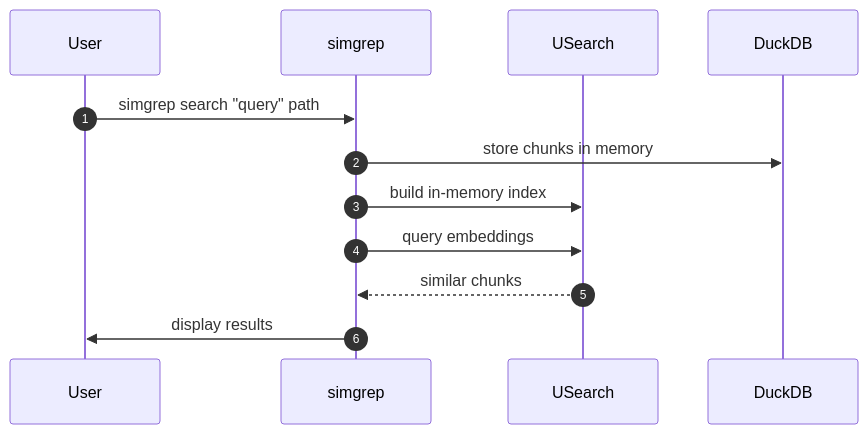
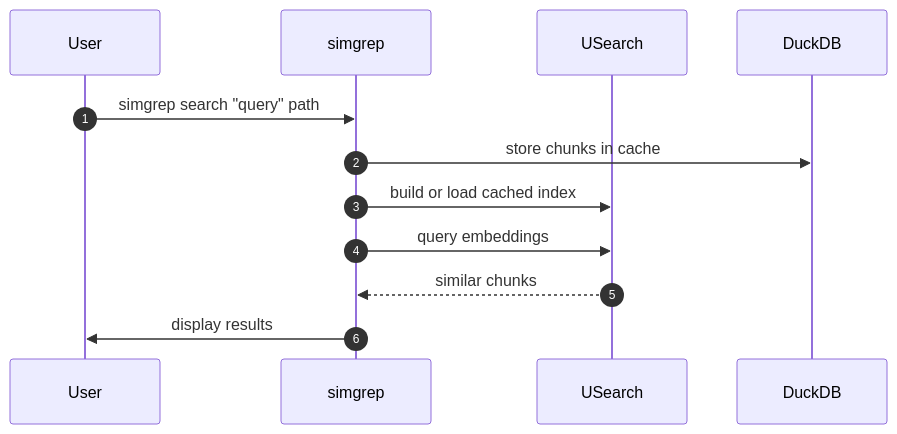
The first of 3 diagrams in docs/use-cases.md (artur-shlyapnikov/simgrep), drawn with Mermaid before and after one commit. The commit also changed other lines of this file and 6 other files, not shown here.

````diff
--- a/docs/use-cases.md
+++ b/docs/use-cases.md
@@ -9,14 +10,14 @@
 ```mermaid
 sequenceDiagram
     autonumber
     participant User
     participant simgrep
     participant USearch
     participant DuckDB
     User->>simgrep: simgrep search "query" path
-    simgrep->>DuckDB: store chunks in memory
-    simgrep->>USearch: build in-memory index
+    simgrep->>DuckDB: store chunks in cache
+    simgrep->>USearch: build or load cached index
     simgrep->>USearch: query embeddings
     USearch-->>simgrep: similar chunks
     simgrep->>User: display results
 ```
````
